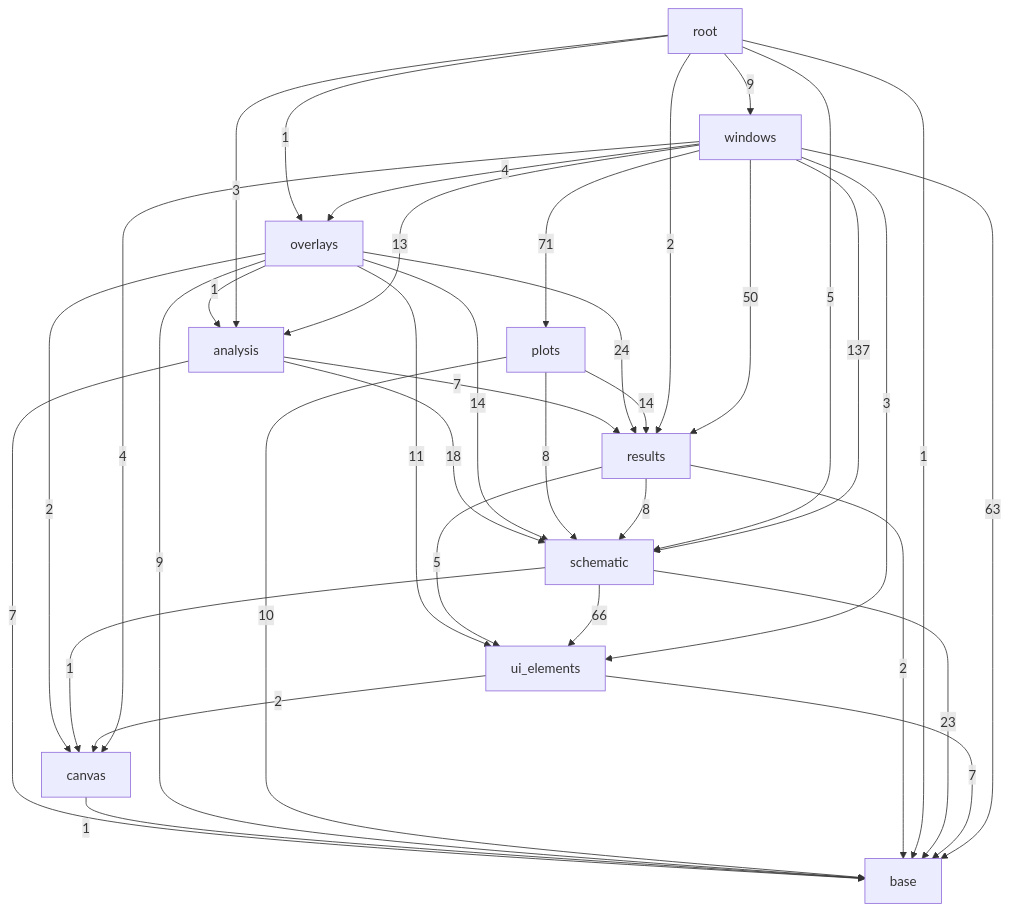
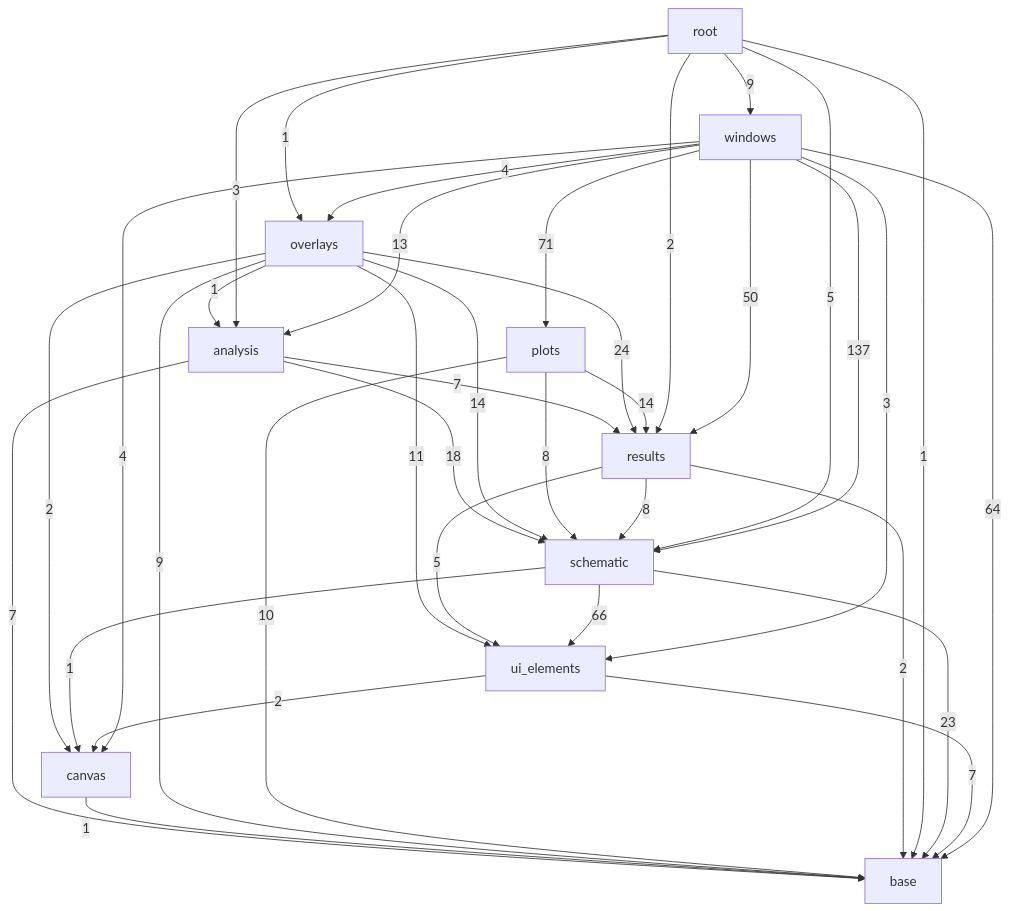
The third of 3 diagrams in docs/architecture.md (ronnymilleo/imcsim), drawn with Mermaid before and after one commit. The commit also changed other lines of this file and 1 other file, not shown here.

Commit message:
Update architecture and Nodalys class diagrams

````diff
--- a/docs/architecture.md
+++ b/docs/architecture.md
@@ -56,48 +56,48 @@
 ```mermaid
 flowchart TD
     app_gui_base[base]
     app_gui_canvas[canvas]
     app_gui_ui_elements[ui_elements]
     app_gui_schematic[schematic]
     app_gui_results[results]
     app_gui_analysis[analysis]
     app_gui_plots[plots]
     app_gui_overlays[overlays]
     app_gui_windows[windows]
     app_gui_root[root]
     app_gui_analysis -->|7| app_gui_base
     app_gui_analysis -->|7| app_gui_results
     app_gui_analysis -->|18| app_gui_schematic
     app_gui_canvas -->|1| app_gui_base
     app_gui_overlays -->|1| app_gui_analysis
     app_gui_overlays -->|9| app_gui_base
     app_gui_overlays -->|2| app_gui_canvas
     app_gui_overlays -->|24| app_gui_results
     app_gui_overlays -->|14| app_gui_schematic
     app_gui_overlays -->|11| app_gui_ui_elements
     app_gui_plots -->|10| app_gui_base
     app_gui_plots -->|14| app_gui_results
     app_gui_plots -->|8| app_gui_schematic
     app_gui_results -->|2| app_gui_base
     app_gui_results -->|8| app_gui_schematic
     app_gui_results -->|5| app_gui_ui_elements
     app_gui_root -->|3| app_gui_analysis
     app_gui_root -->|1| app_gui_base
     app_gui_root -->|1| app_gui_overlays
     app_gui_root -->|2| app_gui_results
     app_gui_root -->|5| app_gui_schematic
     app_gui_root -->|9| app_gui_windows
     app_gui_schematic -->|23| app_gui_base
     app_gui_schematic -->|1| app_gui_canvas
     app_gui_schematic -->|66| app_gui_ui_elements
     app_gui_ui_elements -->|7| app_gui_base
     app_gui_ui_elements -->|2| app_gui_canvas
     app_gui_windows -->|13| app_gui_analysis
-    app_gui_windows -->|63| app_gui_base
+    app_gui_windows -->|64| app_gui_base
     app_gui_windows -->|4| app_gui_canvas
     app_gui_windows -->|4| app_gui_overlays
     app_gui_windows -->|71| app_gui_plots
     app_gui_windows -->|50| app_gui_results
     app_gui_windows -->|137| app_gui_schematic
     app_gui_windows -->|3| app_gui_ui_elements
 ```
````
